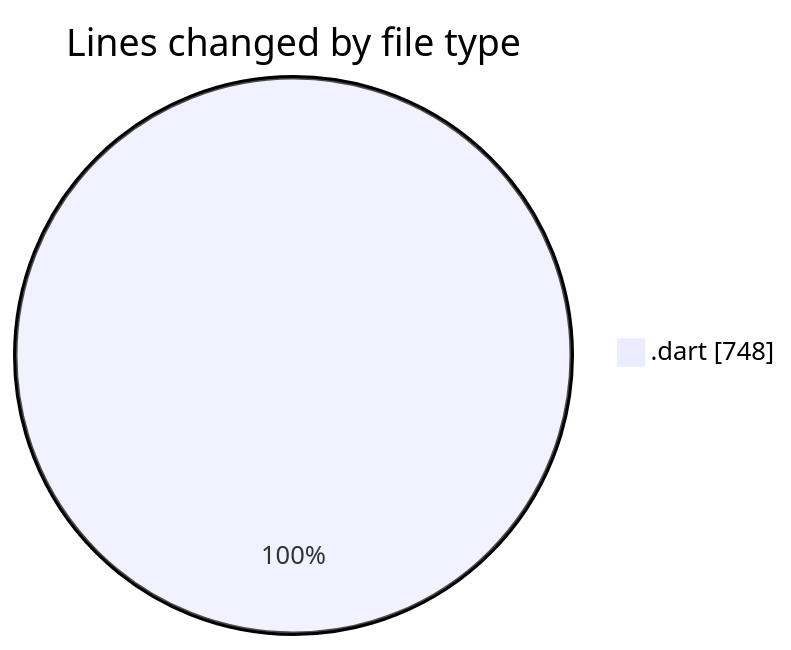
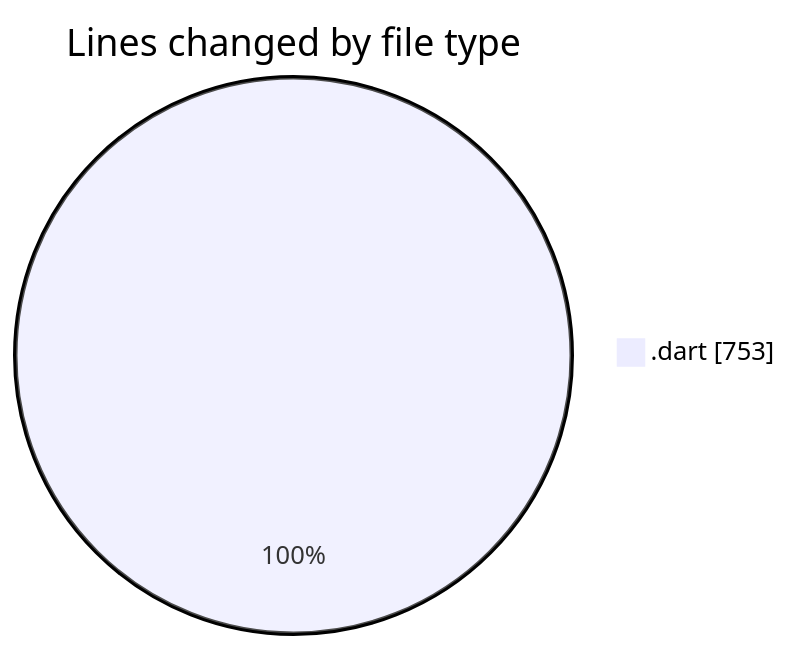
The first of 2 diagrams in 2025-02-27/uber_clone/README.md (donsfak/code-tracking), drawn with Mermaid before and after one commit. The commit also changed other lines of this file and 1 other file, not shown here.

````diff
--- a/2025-02-27/uber_clone/README.md
+++ b/2025-02-27/uber_clone/README.md
@@ -21,5 +21,5 @@
 ```mermaid
 pie showData
 title Lines changed by file type
-".dart" : 748
+".dart" : 753
 ```
````
